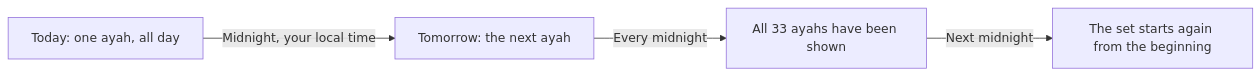
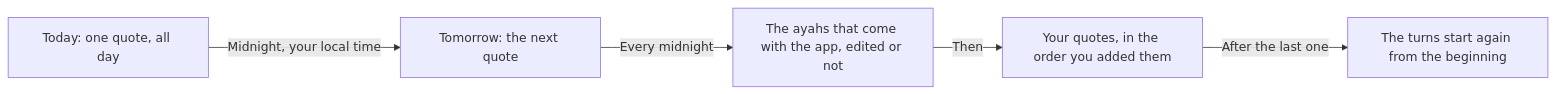
The first of 2 diagrams in docs/User-Daily-Ayah.md (shibbirweb/al-quran-quotes-android), drawn with Mermaid before and after one commit. The commit also changed other lines of this file and 206 other files, not shown here.

First line of the commit message:
feat: add bottom navigation, quote CRUD with editable bundled ayahs, and a Room schema history check

````diff
--- a/docs/User-Daily-Ayah.md
+++ b/docs/User-Daily-Ayah.md
@@ -27,6 +38,7 @@
 ```mermaid
 flowchart LR
-    Today["Today: one ayah, all day"] -->|"Midnight, your local time"| Tomorrow["Tomorrow: the next ayah"]
-    Tomorrow -->|"Every midnight"| AllShown["All 33 ayahs have been shown"]
-    AllShown -->|"Next midnight"| StartAgain["The set starts again from the beginning"]
+    Today["Today: one quote, all day"] -->|"Midnight, your local time"| Tomorrow["Tomorrow: the next quote"]
+    Tomorrow -->|"Every midnight"| Bundled["The ayahs that come with the app, edited or not"]
+    Bundled -->|"Then"| Yours["Your quotes, in the order you added them"]
+    Yours -->|"After the last one"| StartAgain["The turns start again from the beginning"]
 ```
````
